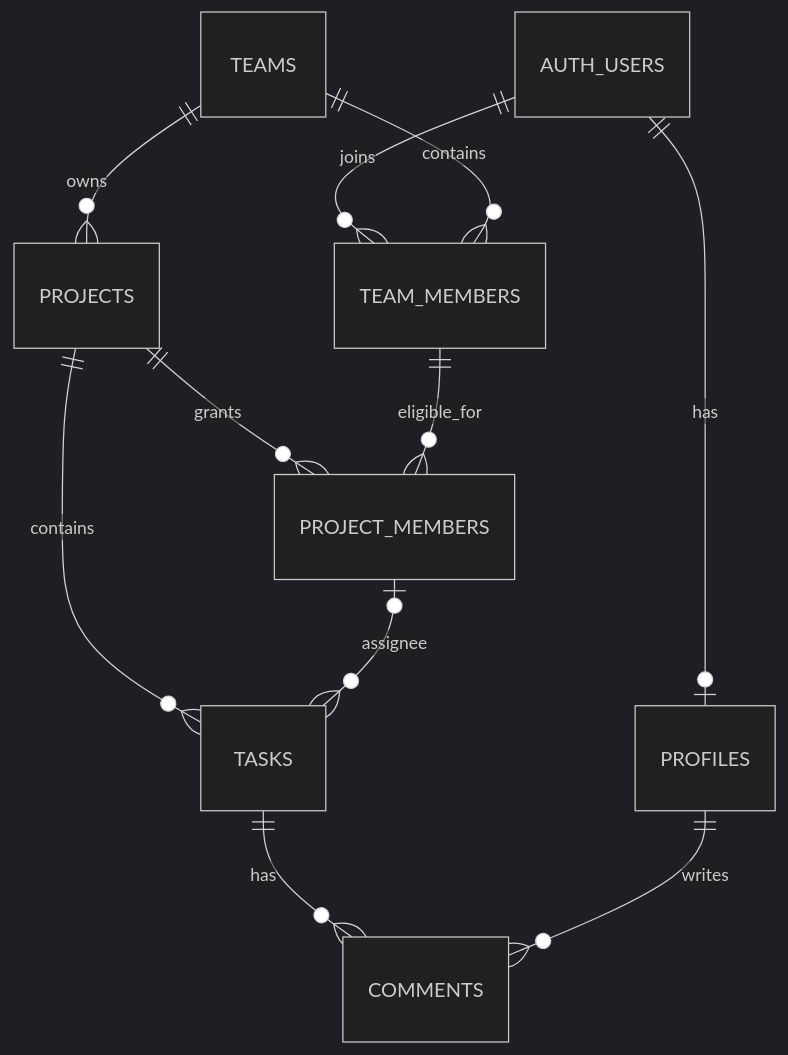
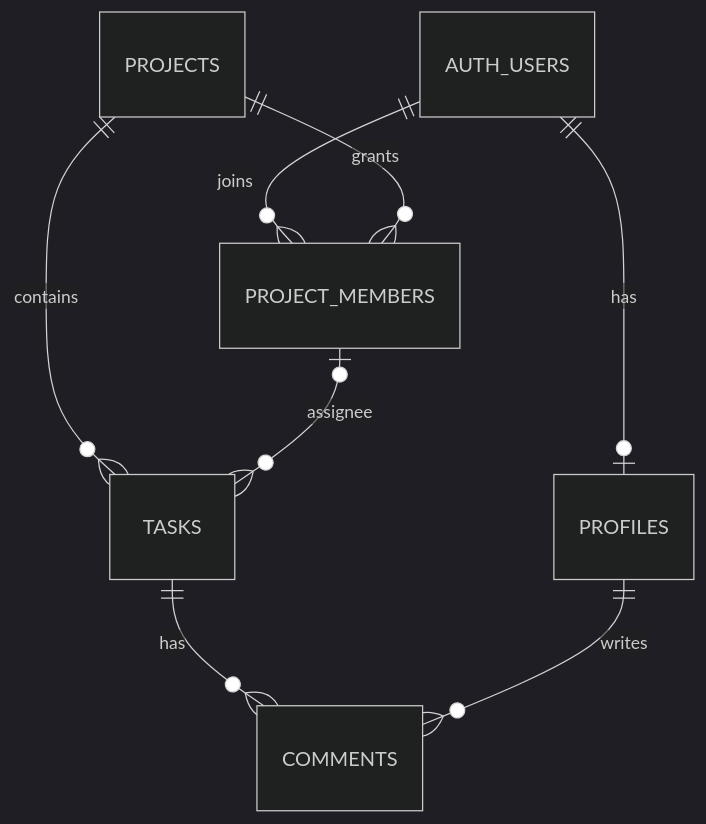
Before and after one commit to fartmonarch/tasks-board: the diagram in docs/项目完整路线图.md, drawn with Mermaid (dark theme). The commit also changed other lines of this file and 14 other files, not shown here.

````diff
--- a/docs/项目完整路线图.md
+++ b/docs/项目完整路线图.md
@@ -76,13 +25,10 @@
 ```mermaid
 erDiagram
   AUTH_USERS ||--o| PROFILES : has
-  AUTH_USERS ||--o{ TEAM_MEMBERS : joins
-  TEAMS ||--o{ TEAM_MEMBERS : contains
-  TEAMS ||--o{ PROJECTS : owns
+  AUTH_USERS ||--o{ PROJECT_MEMBERS : joins
   PROJECTS ||--o{ PROJECT_MEMBERS : grants
-  TEAM_MEMBERS ||--o{ PROJECT_MEMBERS : eligible_for
   PROJECTS ||--o{ TASKS : contains
   PROJECT_MEMBERS o|--o{ TASKS : assignee
   TASKS ||--o{ COMMENTS : has
   PROFILES ||--o{ COMMENTS : writes
 ```
````
